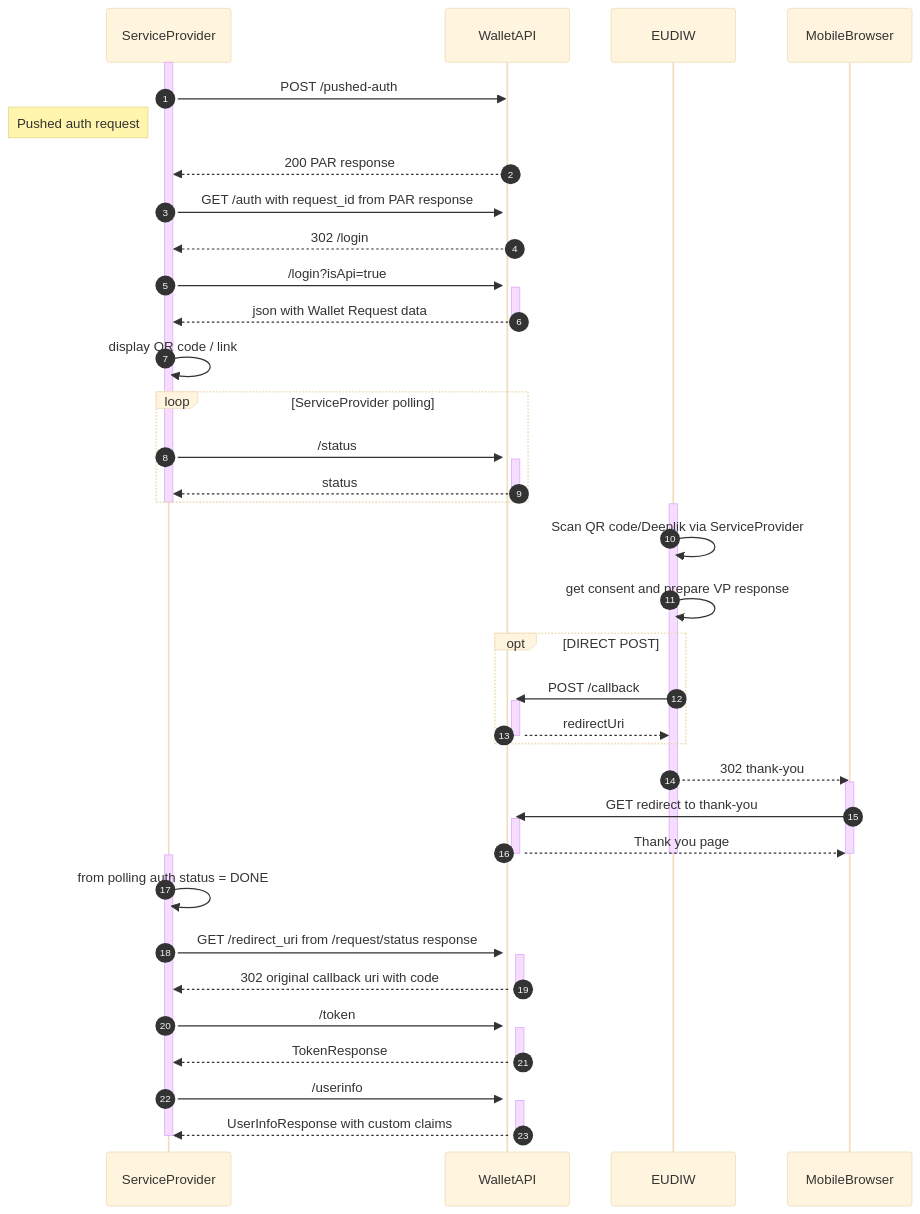
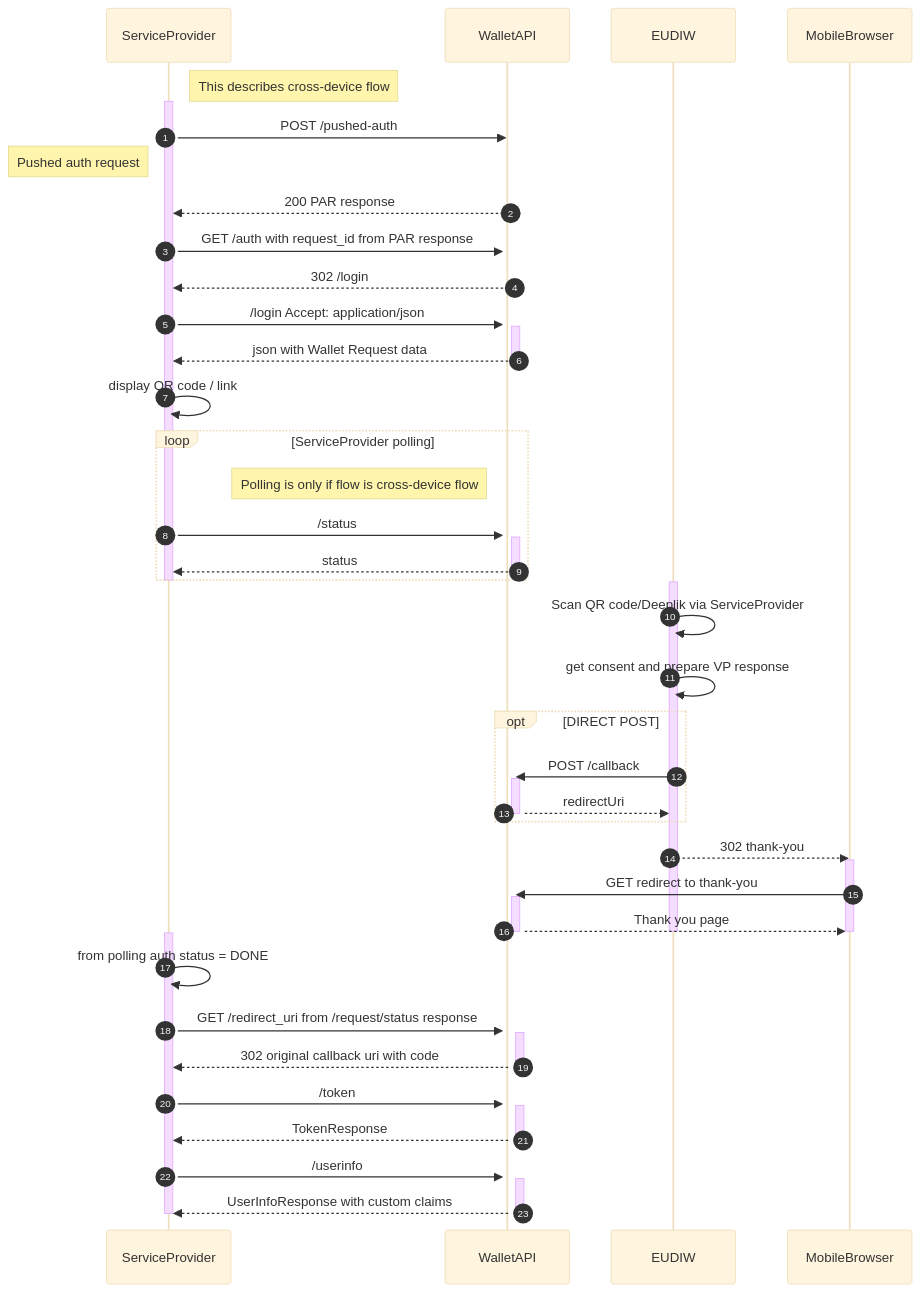
Before and after one commit to BankovniIdentita/wallet-api-docs: the diagram in docs/OpenID4VP_overview_SeP.mmd, drawn with Mermaid (base theme). The commit also changed 6 other files, not shown here.

```diff
--- a/docs/OpenID4VP_overview_SeP.mmd
+++ b/docs/OpenID4VP_overview_SeP.mmd
@@ -1,62 +1,63 @@
 sequenceDiagram
     autonumber
     participant ServiceProvider
     participant WalletAPI
     participant EUDIW
     participant MobileBrowser
-
+    note right of ServiceProvider: This describes cross-device flow
     activate ServiceProvider
     ServiceProvider->>WalletAPI: POST /pushed-auth
     Note left of ServiceProvider: Pushed auth request
     activate WalletAPI
     WalletAPI-->>ServiceProvider: 200 PAR response
     ServiceProvider ->> WalletAPI: GET /auth with request_id from PAR response
     activate WalletAPI
     WalletAPI -->> ServiceProvider: 302 /login
-    ServiceProvider ->> WalletAPI: /login?isApi=true
+    ServiceProvider ->> WalletAPI: /login Accept: application/json
     activate WalletAPI
     WalletAPI -->> ServiceProvider: json with Wallet Request data
     deactivate WalletAPI
     ServiceProvider->>ServiceProvider: display QR code / link
     loop ServiceProvider polling
+        note left of WalletAPI: Polling is only if flow is cross-device flow
         ServiceProvider->>WalletAPI: /status
         activate WalletAPI
         WalletAPI-->>ServiceProvider: status
         deactivate WalletAPI
     end
     deactivate ServiceProvider
 
     activate EUDIW
     EUDIW->>EUDIW: Scan QR code/Deeplik via ServiceProvider
     EUDIW->>EUDIW: get consent and prepare VP response
     opt DIRECT POST
         EUDIW->>WalletAPI: POST /callback
         activate WalletAPI
         WalletAPI-->>EUDIW: redirectUri
         deactivate WalletAPI
     end
     EUDIW-->>MobileBrowser: 302 thank-you
     activate MobileBrowser
     MobileBrowser->>WalletAPI: GET redirect to thank-you
     activate WalletAPI
     WalletAPI-->>MobileBrowser: Thank you page   
     deactivate WalletAPI
     deactivate MobileBrowser
     deactivate EUDIW
 
     activate ServiceProvider
     ServiceProvider->>ServiceProvider: from polling auth status = DONE
     activate WalletAPI
     ServiceProvider->>WalletAPI: GET /redirect_uri from /request/status response
     activate WalletAPI
     WalletAPI-->>ServiceProvider: 302 original callback uri with code
     deactivate WalletAPI
     ServiceProvider->>WalletAPI: /token
     activate WalletAPI
     WalletAPI-->>ServiceProvider: TokenResponse
     deactivate WalletAPI
     ServiceProvider->>WalletAPI: /userinfo
     activate WalletAPI
     WalletAPI-->>ServiceProvider: UserInfoResponse with custom claims
     deactivate WalletAPI
     deactivate ServiceProvider
```
